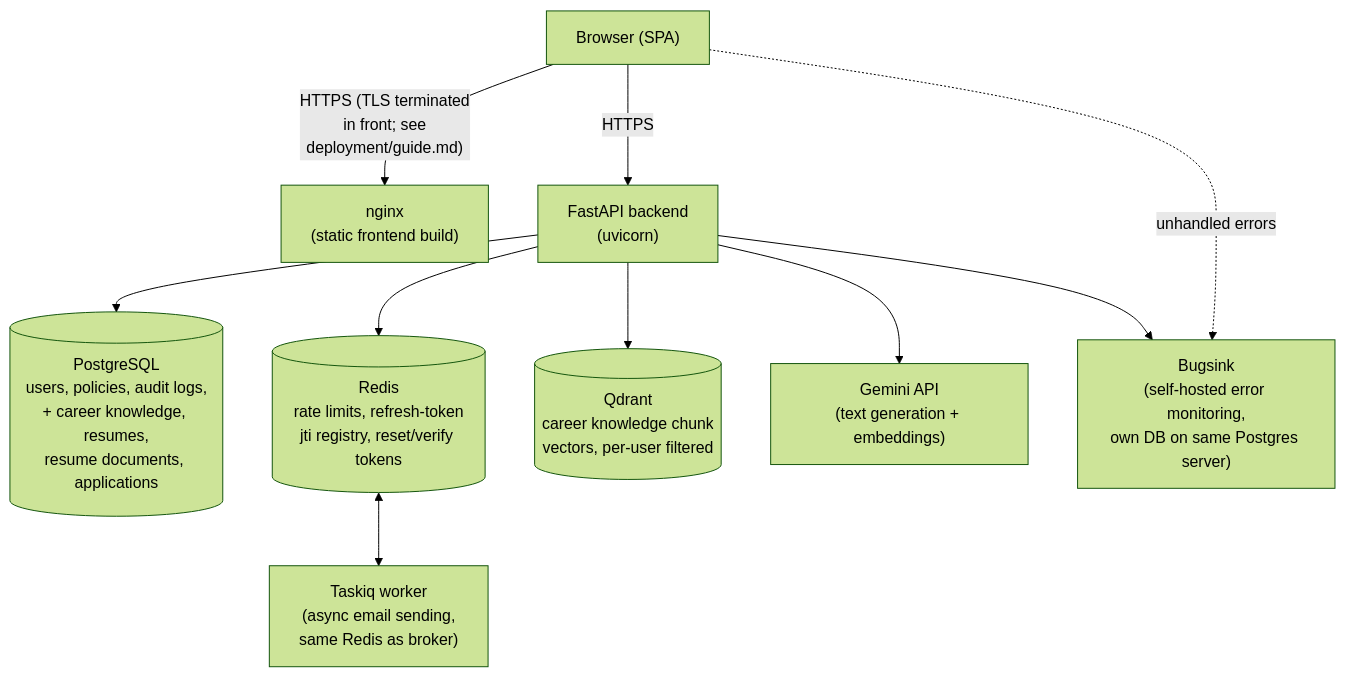
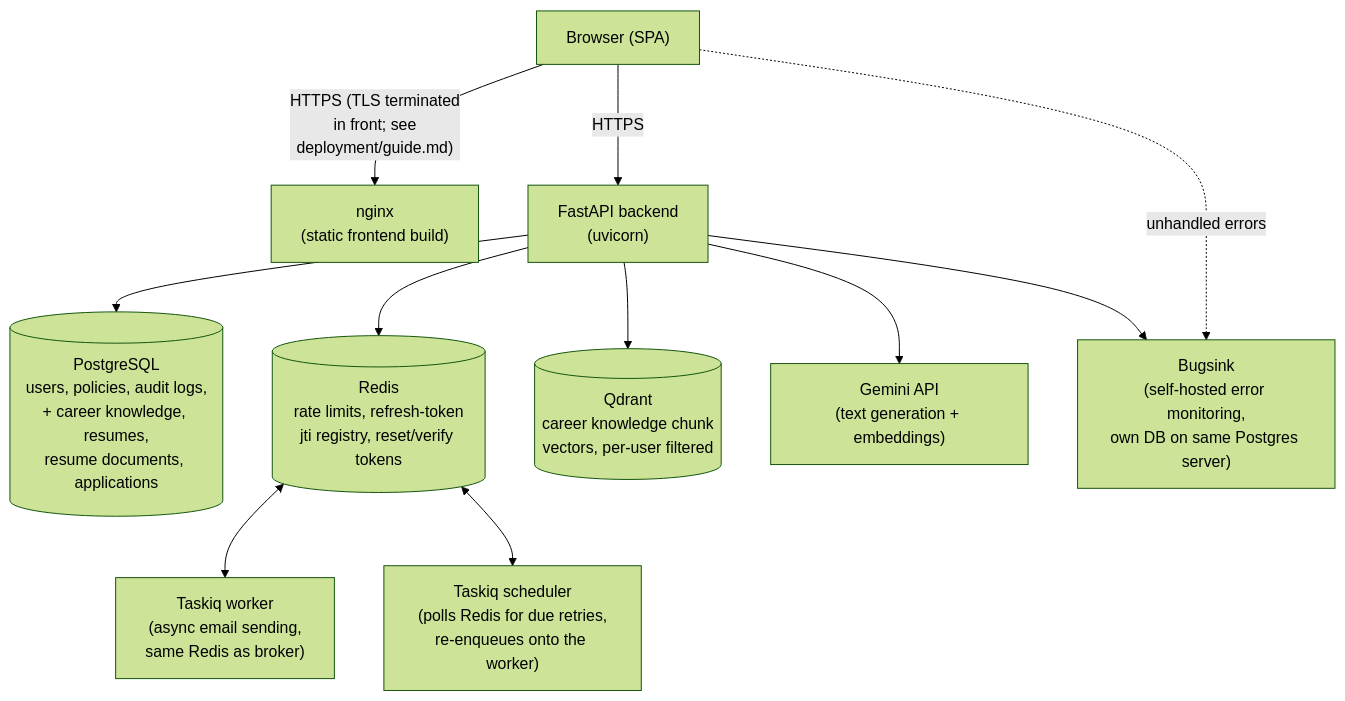
The first of 2 diagrams in docs/app/architecture/system-overview.md (Nachiket-2024/manifest-cv), drawn with Mermaid (forest theme) before and after one commit. The commit also changed other lines of this file and 273 other files, not shown here.

````diff
--- a/docs/app/architecture/system-overview.md
+++ b/docs/app/architecture/system-overview.md
@@ -9,19 +9,20 @@
 ```mermaid
 flowchart TD
     Browser["Browser (SPA)"]
 
     Browser -- "HTTPS (TLS terminated<br/>in front; see<br/>deployment/guide.md)" --> Nginx
     Browser -- HTTPS --> Backend
 
     Nginx["nginx<br/>(static frontend build)"]
     Backend["FastAPI backend<br/>(uvicorn)"]
 
     Backend --> Postgres[("PostgreSQL<br/>users, policies, audit logs,<br/>+ career knowledge, resumes,<br/>resume documents, applications")]
     Backend --> Redis[("Redis<br/>rate limits, refresh-token<br/>jti registry, reset/verify tokens")]
     Backend --> Qdrant[("Qdrant<br/>career knowledge chunk<br/>vectors, per-user filtered")]
     Backend --> Gemini["Gemini API<br/>(text generation + embeddings)"]
     Backend --> Bugsink["Bugsink<br/>(self-hosted error monitoring,<br/>own DB on same Postgres server)"]
     Browser -. "unhandled errors" .-> Bugsink
 
     Redis <--> Taskiq["Taskiq worker<br/>(async email sending,<br/>same Redis as broker)"]
+    Redis <--> TaskiqScheduler["Taskiq scheduler<br/>(polls Redis for due retries,<br/>re-enqueues onto the worker)"]
 ```
````
